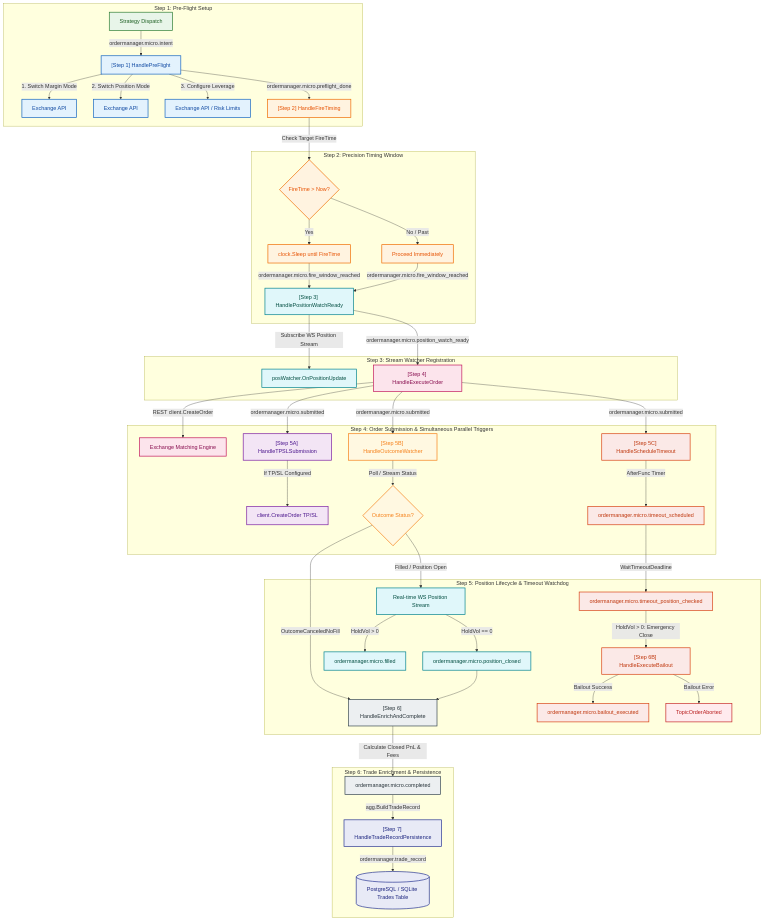
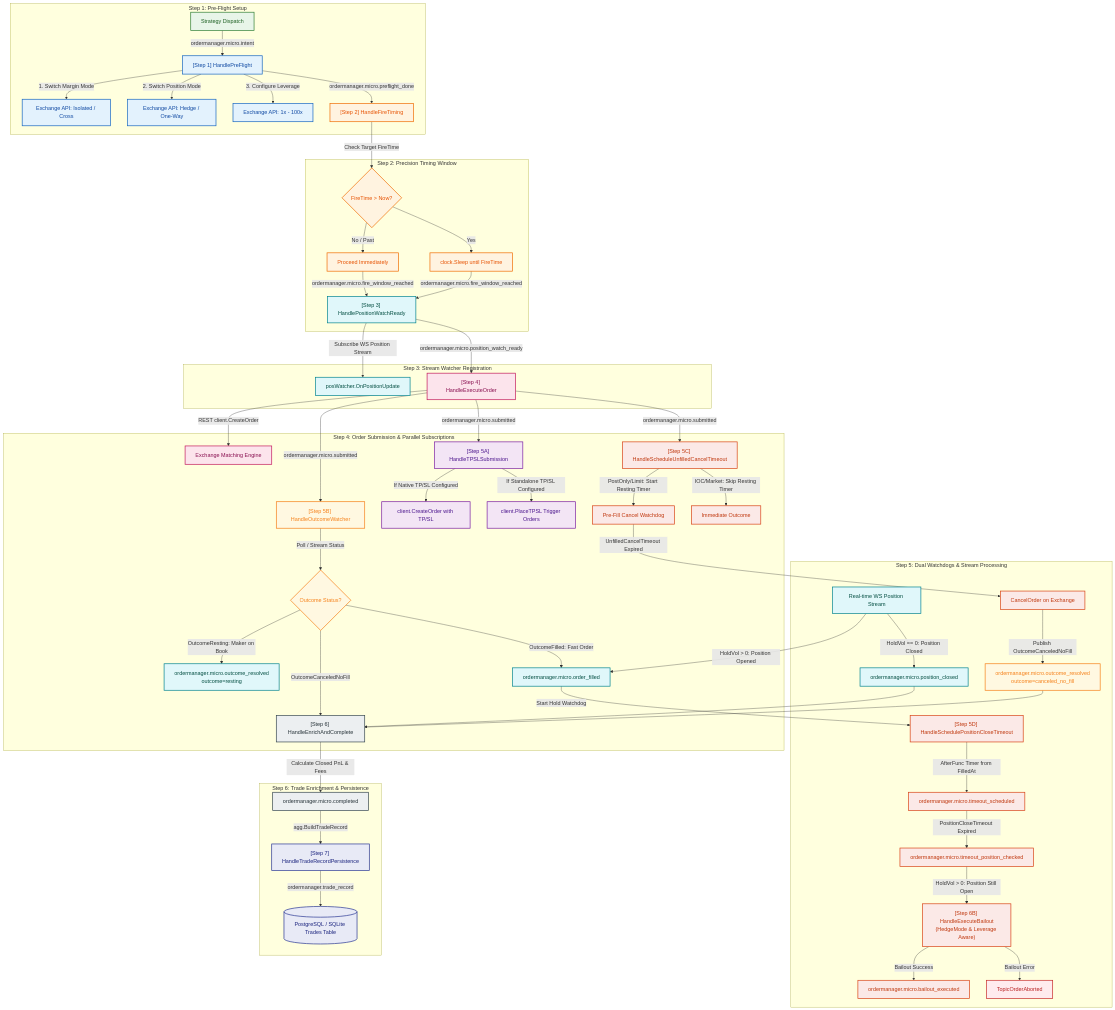
The diagram in docs/tech/flows/order_manager_event_flow.md (dangnmh/crypto-bot), drawn with Mermaid before and after one commit. The commit also changed other lines of this file and 41 other files, not shown here.

```diff
--- a/docs/tech/flows/order_manager_event_flow.md
+++ b/docs/tech/flows/order_manager_event_flow.md
@@ -25,9 +25,9 @@
 
     subgraph Step 1: Pre-Flight Setup
         STRATEGY[Strategy Dispatch]:::intent -->|ordermanager.micro.intent| A["[Step 1] HandlePreFlight"]:::preflight
-        A -->|1. Switch Margin Mode| A1[Exchange API]:::preflight
-        A -->|2. Switch Position Mode| A2[Exchange API]:::preflight
-        A -->|3. Configure Leverage| A3[Exchange API / Risk Limits]:::preflight
+        A -->|1. Switch Margin Mode| A1[Exchange API: Isolated / Cross]:::preflight
+        A -->|2. Switch Position Mode| A2[Exchange API: Hedge / One-Way]:::preflight
+        A -->|3. Configure Leverage| A3[Exchange API: 1x - 100x]:::preflight
         A -->|ordermanager.micro.preflight_done| B["[Step 2] HandleFireTiming"]:::timing
     end
 
@@ -44,30 +44,45 @@
         W -->|ordermanager.micro.position_watch_ready| C["[Step 4] HandleExecuteOrder"]:::execute
     end
 
-    subgraph Step 4: Order Submission & Simultaneous Parallel Triggers
+    subgraph Step 4: Order Submission & Parallel Subscriptions
         C -->|REST client.CreateOrder| C1[Exchange Matching Engine]:::execute
         
         C -->|ordermanager.micro.submitted| D["[Step 5A] HandleTPSLSubmission"]:::tpsl
         C -->|ordermanager.micro.submitted| F["[Step 5B] HandleOutcomeWatcher"]:::outcome
-        C -->|ordermanager.micro.submitted| G["[Step 5C] HandleScheduleTimeout"]:::timeout
+        C -->|ordermanager.micro.submitted| G["[Step 5C] HandleScheduleUnfilledCancelTimeout"]:::timeout
 
-        D -->|If TP/SL Configured| D1[client.CreateOrder TP/SL]:::tpsl
+        D -->|If Native TP/SL Configured| D1[client.CreateOrder with TP/SL]:::tpsl
+        D -->|If Standalone TP/SL Configured| D2[client.PlaceTPSL Trigger Orders]:::tpsl
+
+        G -->|PostOnly/Limit: Start Resting Timer| G1[Pre-Fill Cancel Watchdog]:::timeout
+        G -->|IOC/Market: Skip Resting Timer| G2[Immediate Outcome]:::timeout
+
         F -->|Poll / Stream Status| F1{Outcome Status?}:::outcome
-        G -->|AfterFunc Timer| G1[ordermanager.micro.timeout_scheduled]:::timeout
+        F1 -->|OutcomeResting: Maker on Book| R1[ordermanager.micro.outcome_resolved<br/>outcome=resting]:::watcher
+        F1 -->|OutcomeCanceledNoFill| H["[Step 6] HandleEnrichAndComplete"]:::complete
+        F1 -->|OutcomeFilled: Fast Order| P1[ordermanager.micro.order_filled]:::watcher
     end
 
-    subgraph Step 5: Position Lifecycle & Timeout Watchdog
-        F1 -->|OutcomeCanceledNoFill| H["[Step 6] HandleEnrichAndComplete"]:::complete
-        F1 -->|Filled / Position Open| POS[Real-time WS Position Stream]:::watcher
-        
-        POS -->|HoldVol > 0| P1[ordermanager.micro.filled]:::watcher
-        POS -->|HoldVol == 0| P2[ordermanager.micro.position_closed]:::watcher
-        P2 --> H
+    subgraph Step 5: Dual Watchdogs & Stream Processing
+        %% Pre-fill resting timeout
+        G1 -->|UnfilledCancelTimeout Expired| G1A[CancelOrder on Exchange]:::timeout
+        G1A -->|Publish OutcomeCanceledNoFill| R2[ordermanager.micro.outcome_resolved<br/>outcome=canceled_no_fill]:::outcome
+        R2 --> H
 
-        G1 -->|WaitTimeoutDeadline| T1[ordermanager.micro.timeout_position_checked]:::timeout
-        T1 -->|HoldVol > 0: Emergency Close| T2["[Step 6B] HandleExecuteBailout"]:::timeout
+        %% Real-time WS stream
+        POS[Real-time WS Position Stream]:::watcher -->|HoldVol > 0: Position Opened| P1
+        POS -->|HoldVol == 0: Position Closed| P2[ordermanager.micro.position_closed]:::watcher
+
+        %% Post-fill hold watchdog
+        P1 -->|Start Hold Watchdog| G3["[Step 5D] HandleSchedulePositionCloseTimeout"]:::timeout
+        G3 -->|AfterFunc Timer from FilledAt| G4[ordermanager.micro.timeout_scheduled]:::timeout
+
+        G4 -->|PositionCloseTimeout Expired| T1[ordermanager.micro.timeout_position_checked]:::timeout
+        T1 -->|HoldVol > 0: Position Still Open| T2["[Step 6B] HandleExecuteBailout<br/>(HedgeMode & Leverage Aware)"]:::timeout
         T2 -->|Bailout Success| T3[ordermanager.micro.bailout_executed]:::timeout
         T2 -->|Bailout Error| ABORT[TopicOrderAborted]:::abort
+        
+        P2 --> H
     end
 
     subgraph Step 6: Trade Enrichment & Persistence
@@ -80,11 +95,11 @@
     class STRATEGY intent;
     class A,A1,A2,A3 preflight;
     class B,B1,B2,B3 timing;
-    class W,W1,POS,P1,P2 watcher;
+    class W,W1,POS,P1,P2,R1 watcher;
     class C,C1 execute;
-    class D,D1 tpsl;
-    class F,F1 outcome;
-    class G,G1,T1,T2,T3 timeout;
+    class D,D1,D2 tpsl;
+    class F,F1,R2 outcome;
+    class G,G1,G2,G3,G4,G1A,T1,T2,T3 timeout;
     class H,H1 complete;
     class DB,DB1 db;
     class ABORT abort;
```
